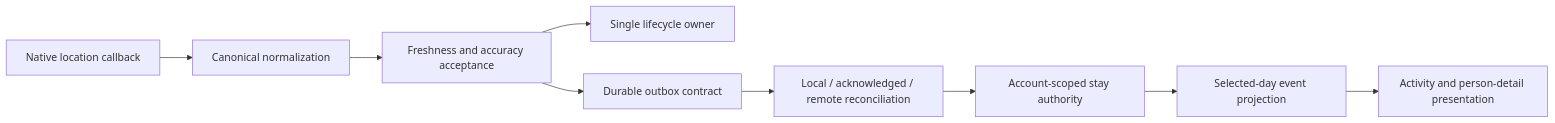
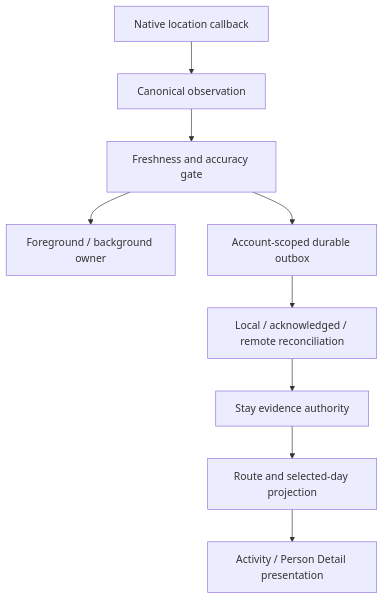
The diagram in README.md (justice6898/tipsip-showcase), drawn with Mermaid before and after one commit. The commit also changed other lines of this file, not shown here.

````diff
--- a/README.md
+++ b/README.md
@@ -30,11 +45,11 @@
 ```mermaid
-flowchart LR
-    Native[Native location callback] --> Normalize[Canonical normalization]
-    Normalize --> Accept[Freshness and accuracy acceptance]
-    Accept --> Ownership[Single lifecycle owner]
-    Accept --> Durable[Durable outbox contract]
-    Durable --> Reconcile[Local / acknowledged / remote reconciliation]
-    Reconcile --> Stay[Account-scoped stay authority]
-    Stay --> Day[Selected-day event projection]
-    Day --> Product[Activity and person-detail presentation]
+flowchart TD
+    A[Native location callback] --> B[Canonical observation]
+    B --> C[Freshness and accuracy gate]
+    C --> D[Foreground / background owner]
+    C --> E[Account-scoped durable outbox]
+    E --> F[Local / acknowledged / remote reconciliation]
+    F --> G[Stay evidence authority]
+    G --> H[Route and selected-day projection]
+    H --> I[Activity / Person Detail presentation]
 ```
````
